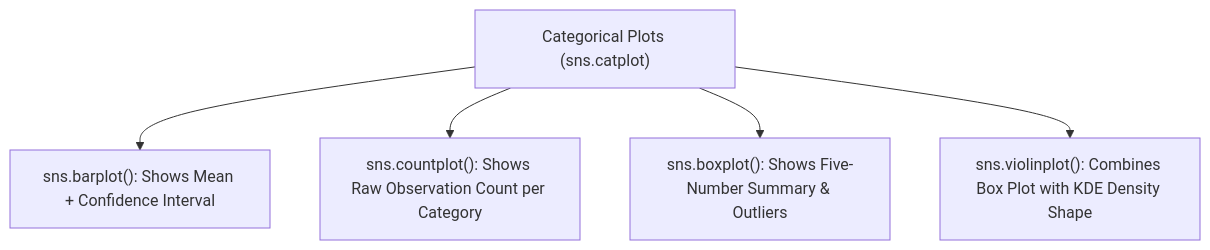
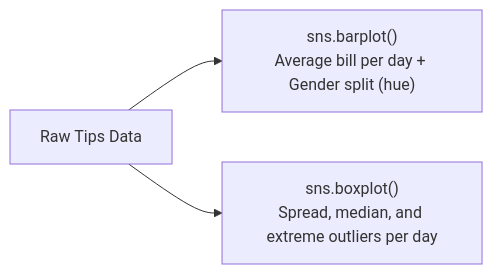
Before and after one commit to S1h2i3v4a/AI_ML: the diagram in lecture_19/Notes_19.13/README_HINGLISH.md, drawn with Mermaid. The commit also changed other lines of this file and 203 other files, not shown here.

Commit message:
docs(lectures 19-21): align notes with video lectures, add blackboard diagrams, clean structured functions, and compile vector PDFs

````diff
--- a/lecture_19/Notes_19.13/README_HINGLISH.md
+++ b/lecture_19/Notes_19.13/README_HINGLISH.md
@@ -21,7 +34,5 @@
 ```mermaid
-flowchart TD
-    A["Categorical Plots (sns.catplot)"] --> B["sns.barplot(): Shows Mean + Confidence Interval"]
-    A --> C["sns.countplot(): Shows Raw Observation Count per Category"]
-    A --> D["sns.boxplot(): Shows Five-Number Summary & Outliers"]
-    A --> E["sns.violinplot(): Combines Box Plot with KDE Density Shape"]
+flowchart LR
+    A["Raw Tips Data"] --> B["sns.barplot()<br/>Average bill per day + Gender split (hue)"]
+    A --> C["sns.boxplot()<br/>Spread, median, and extreme outliers per day"]
 ```
````
